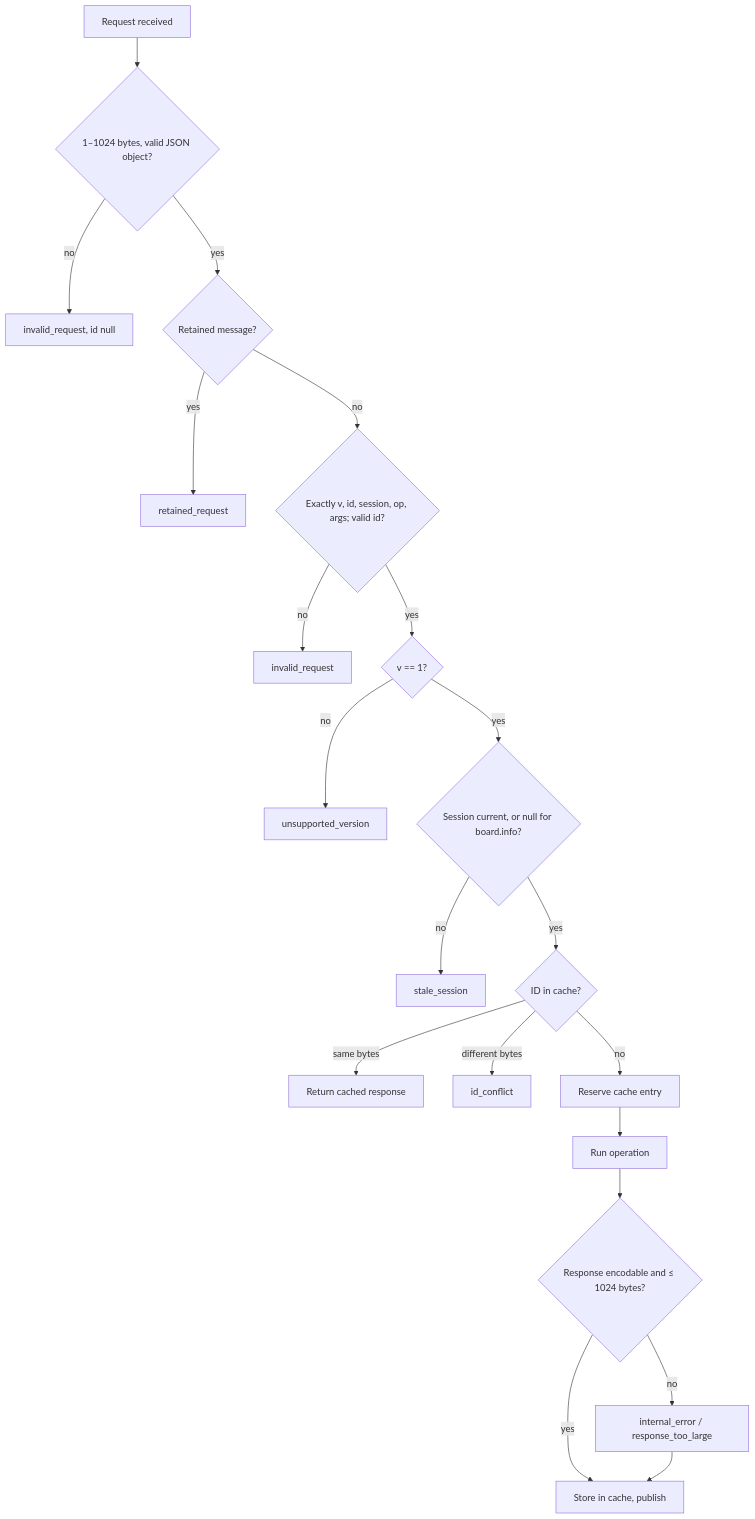
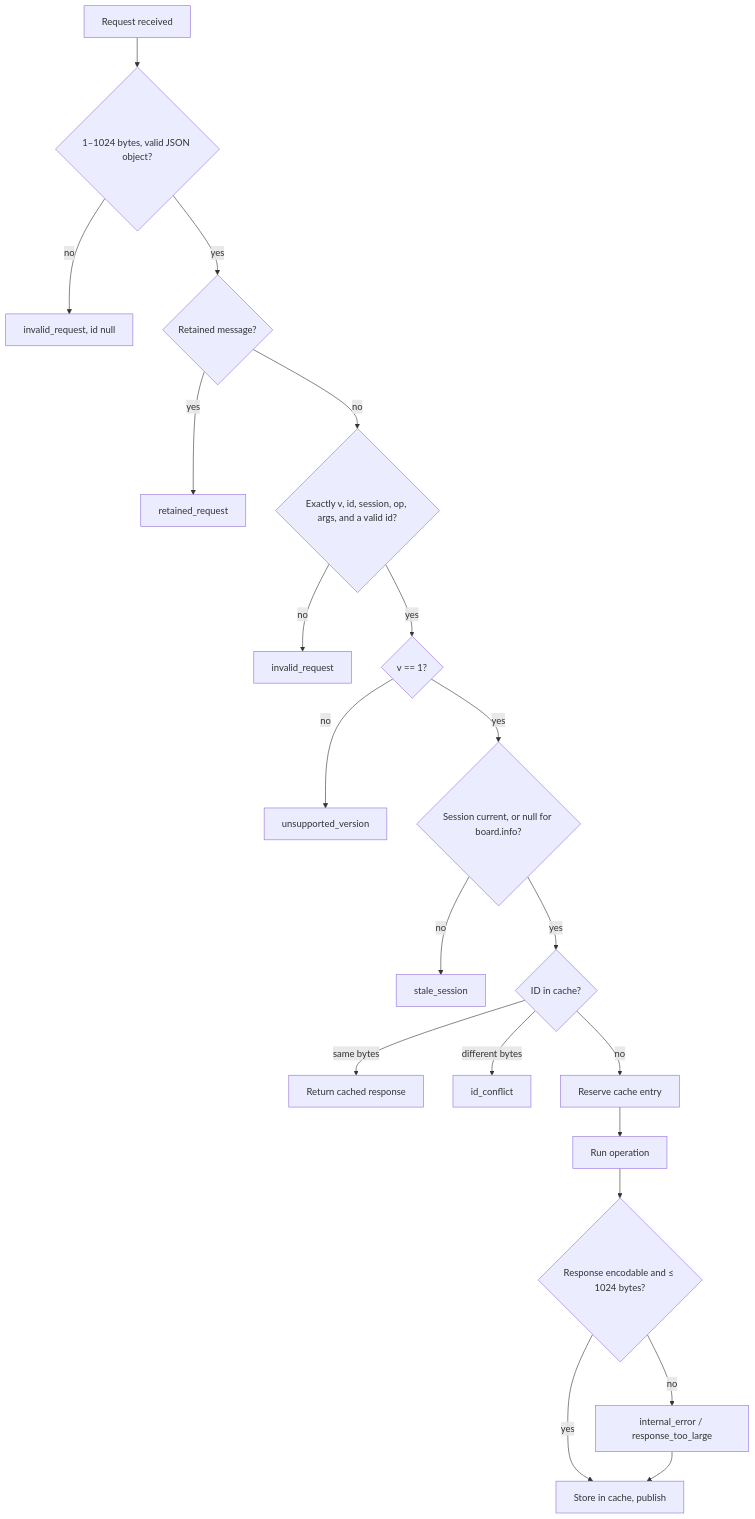
One commit to arshnooramin/espswarm changed the third of 6 diagrams in docs/protocol.md. Above: the diagram before and after it, drawn with Mermaid. The commit also changed other lines of this file and 7 other files, not shown here.

````diff
--- a/docs/protocol.md
+++ b/docs/protocol.md
@@ -113,22 +118,22 @@
 ```mermaid
 flowchart TD
     A[Request received] --> B{1–1024 bytes, valid JSON object?}
     B -- no --> E1[invalid_request, id null]
     B -- yes --> C{Retained message?}
     C -- yes --> E2[retained_request]
-    C -- no --> D{Exactly v, id, session, op, args; valid id?}
+    C -- no --> D{"Exactly v, id, session, op, args, and a valid id?"}
     D -- no --> E1b[invalid_request]
     D -- yes --> F{v == 1?}
     F -- no --> E3[unsupported_version]
     F -- yes --> G{Session current, or null for board.info?}
     G -- no --> E4[stale_session]
     G -- yes --> H{ID in cache?}
     H -- same bytes --> R1[Return cached response]
     H -- different bytes --> E5[id_conflict]
     H -- no --> I[Reserve cache entry]
     I --> J[Run operation]
     J --> K{Response encodable and ≤ 1024 bytes?}
     K -- no --> E6[internal_error / response_too_large]
     K -- yes --> L[Store in cache, publish]
     E6 --> L
 ```
````
